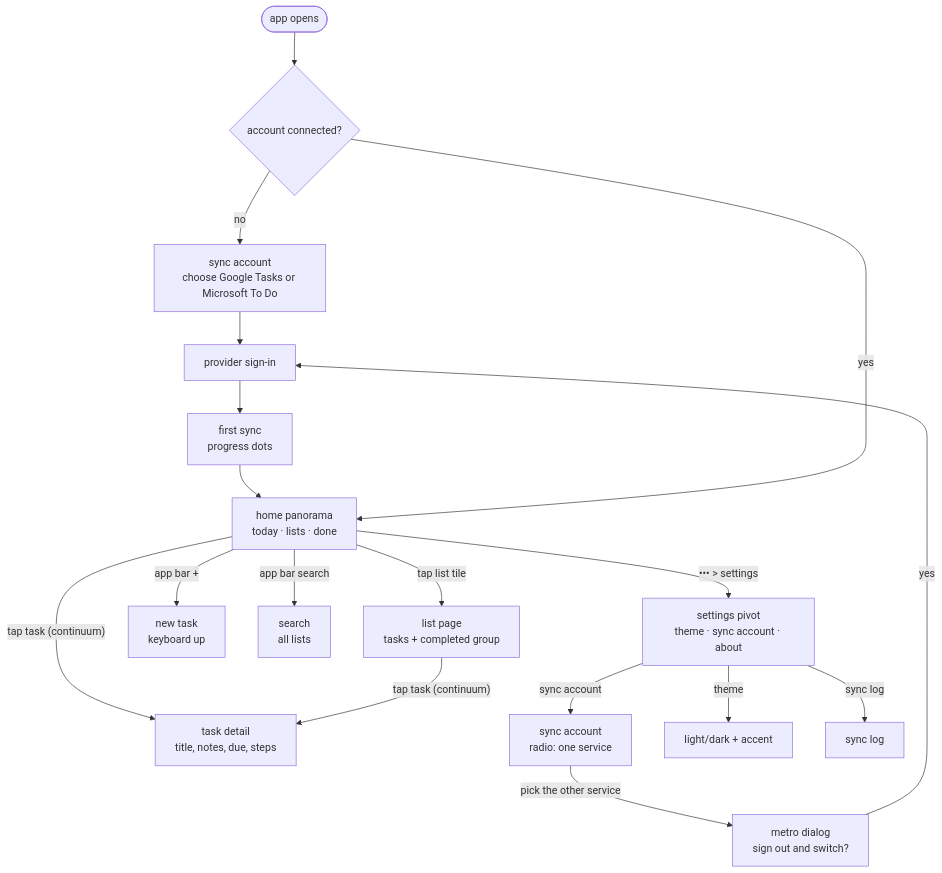
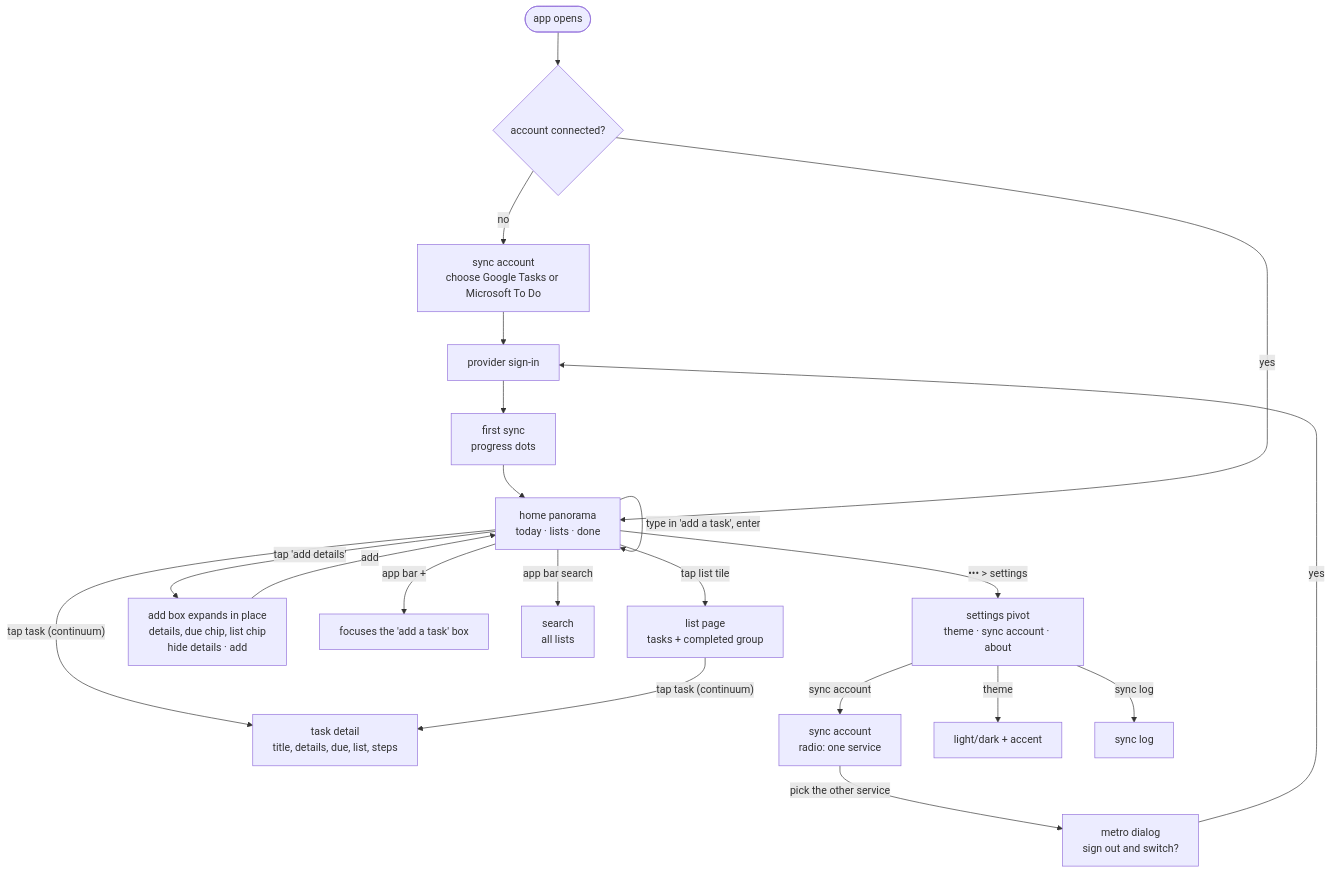
Before and after one commit to samekh248/duenorthtasks: the second of 2 diagrams in specs/001-metro-todo-app/contracts/ui-screens.md, drawn with Mermaid. The commit also changed other lines of this file and 6 other files, not shown here.

First line of the commit message:
Add the task details flow to the plan

````diff
--- a/specs/001-metro-todo-app/contracts/ui-screens.md
+++ b/specs/001-metro-todo-app/contracts/ui-screens.md
@@ -26,21 +26,24 @@
 ```mermaid
 flowchart TD
     Launch([app opens]) --> HasAcct{account connected?}
     HasAcct -- no --> Pick["sync account<br/>choose Google Tasks or Microsoft To Do"]
     Pick --> SignIn[provider sign-in]
     SignIn --> FirstSync["first sync<br/>progress dots"]
     FirstSync --> Home
     HasAcct -- yes --> Home["home panorama<br/>today · lists · done"]
 
     Home -- "tap list tile" --> List["list page<br/>tasks + completed group"]
-    Home -- "tap task (continuum)" --> Detail["task detail<br/>title, notes, due, steps"]
+    Home -- "tap task (continuum)" --> Detail["task detail<br/>title, details, due, list, steps"]
     List -- "tap task (continuum)" --> Detail
-    Home -- "app bar +" --> Add["new task<br/>keyboard up"]
+    Home -- "type in 'add a task', enter" --> Home
+    Home -- "tap 'add details'" --> Expand["add box expands in place<br/>details, due chip, list chip<br/>hide details · add"]
+    Expand -- add --> Home
+    Home -- "app bar +" --> Focus["focuses the 'add a task' box"]
     Home -- "app bar search" --> Search["search<br/>all lists"]
     Home -- "••• > settings" --> Settings["settings pivot<br/>theme · sync account · about"]
     Settings -- "sync account" --> Sync["sync account<br/>radio: one service"]
     Sync -- "pick the other service" --> Confirm["metro dialog<br/>sign out and switch?"]
     Confirm -- yes --> SignIn
     Settings -- "theme" --> Accent["light/dark + accent"]
     Settings -- "sync log" --> Log[sync log]
 ```
````
